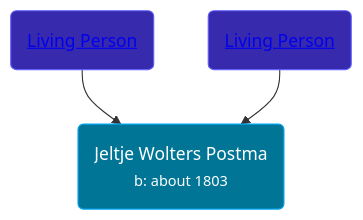
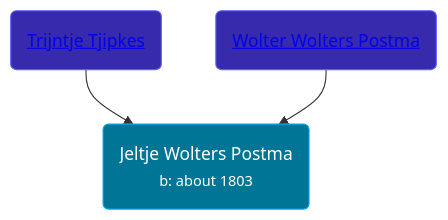
The diagram in pages/people/2/28342558.md (wpmgotkh/wpmgotkh.github.io), drawn with Mermaid before and after one commit. The commit also changed other lines of this file and 586 other files, not shown here.

Commit message:
feat: better shouldConsiderPersonLiving algo

````diff
--- a/pages/people/2/28342558.md
+++ b/pages/people/2/28342558.md
@@ -10,9 +10,9 @@
 ```mermaid
 graph
 classDef grands fill:#193cb8,stroke:#2b7fff,stroke-width:1px,color:#fff;
 classDef parents fill:#372aac,stroke:#615fff,stroke-width:1px,color:#fff;
 classDef primary fill:#007595,stroke:#00a6f4,stroke-width:1px,color:#fff;
 28342558(Jeltje Wolters Postma<br /><small>b: about 1803</small>):::primary
-78249927(<a class="text-white" href="/people/7/78249927">Living Person</a>):::parents-->28342558
-26527652(<a class="text-white" href="/people/2/26527652">Living Person</a>):::parents-->28342558
+78249927(<a class="text-white" href="/people/7/78249927">Trijntje Tjipkes</a>):::parents-->28342558
+26527652(<a class="text-white" href="/people/2/26527652">Wolter Wolters Postma</a>):::parents-->28342558
 ```
````
